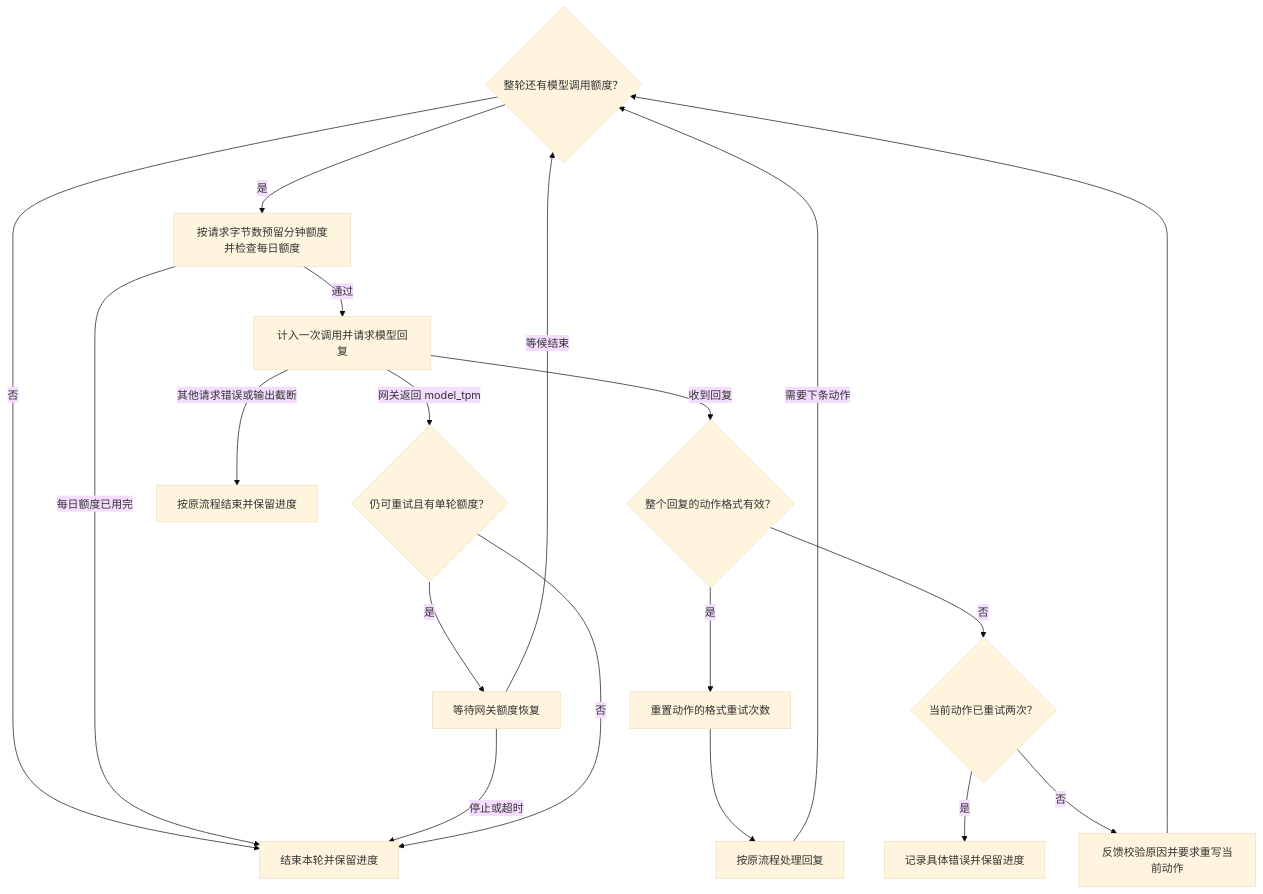
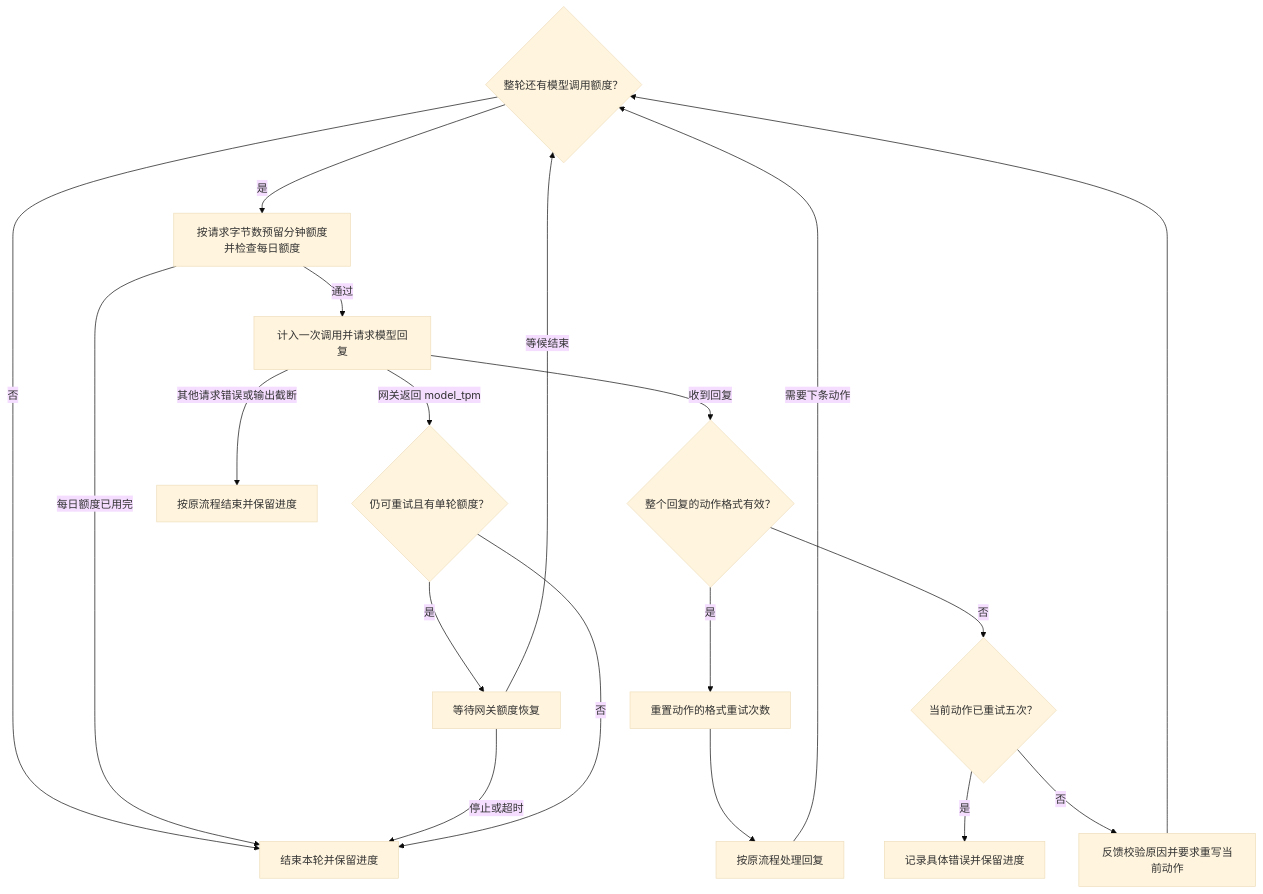
Before and after one commit to zjqylhy/atoms_demo: the fourth of 4 diagrams in docs/technical-design.md, drawn with Mermaid (base theme). The commit also changed other lines of this file and 3 other files, not shown here.

````diff
--- a/docs/technical-design.md
+++ b/docs/technical-design.md
@@ -150,21 +150,21 @@
 ```mermaid
 flowchart TD
   A{整轮还有模型调用额度？} -->|否| B[结束本轮并保留进度]
   A -->|是| K[按请求字节数预留分钟额度并检查每日额度]
   K -->|通过| C[计入一次调用并请求模型回复]
   K -->|每日额度已用完| B
   C -->|网关返回 model_tpm| L{仍可重试且有单轮额度？}
   L -->|是| M[等待网关额度恢复]
   M -->|等候结束| A
   M -->|停止或超时| B
   L -->|否| B
   C -->|收到回复| D{整个回复的动作格式有效？}
   C -->|其他请求错误或输出截断| J[按原流程结束并保留进度]
   D -->|是| E[重置动作的格式重试次数]
   E --> F[按原流程处理回复]
   F -->|需要下条动作| A
-  D -->|否| G{当前动作已重试两次？}
+  D -->|否| G{当前动作已重试五次？}
   G -->|是| H[记录具体错误并保留进度]
   G -->|否| I[反馈校验原因并要求重写当前动作]
   I --> A
 ```
````
